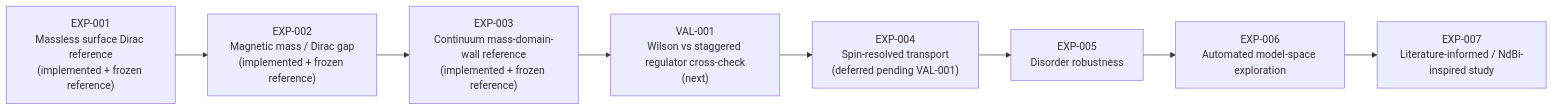
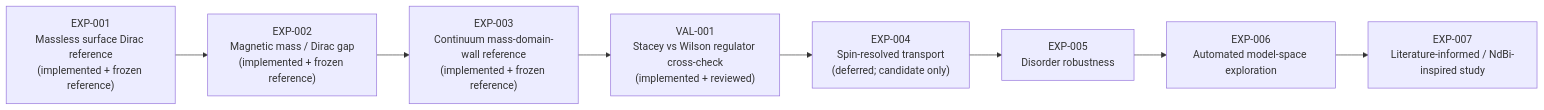
The second of 2 diagrams in README.md (hopeless-t/topological-spin-lab), drawn with Mermaid before and after one commit. The commit also changed other lines of this file and 17 other files, not shown here.

First line of the commit message:
val001: implement regulator cross-check

````diff
--- a/README.md
+++ b/README.md
@@ -354,13 +388,13 @@
 ```mermaid
 flowchart LR
     E1["EXP-001<br/>Massless surface Dirac reference<br/>(implemented + frozen reference)"]
     E2["EXP-002<br/>Magnetic mass / Dirac gap<br/>(implemented + frozen reference)"]
     E3["EXP-003<br/>Continuum mass-domain-wall reference<br/>(implemented + frozen reference)"]
-    V1["VAL-001<br/>Wilson vs staggered regulator cross-check<br/>(next)"]
-    E4["EXP-004<br/>Spin-resolved transport<br/>(deferred pending VAL-001)"]
+    V1["VAL-001<br/>Stacey vs Wilson regulator cross-check<br/>(implemented + reviewed)"]
+    E4["EXP-004<br/>Spin-resolved transport<br/>(deferred; candidate only)"]
     E5["EXP-005<br/>Disorder robustness"]
     E6["EXP-006<br/>Automated model-space exploration"]
     E7["EXP-007<br/>Literature-informed / NdBi-inspired study"]
 
     E1 --> E2 --> E3 --> V1 --> E4 --> E5 --> E6 --> E7
 ```
````
